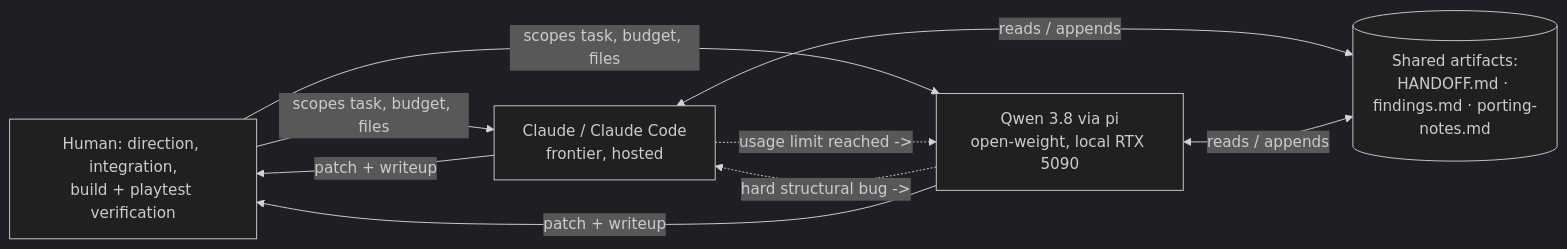
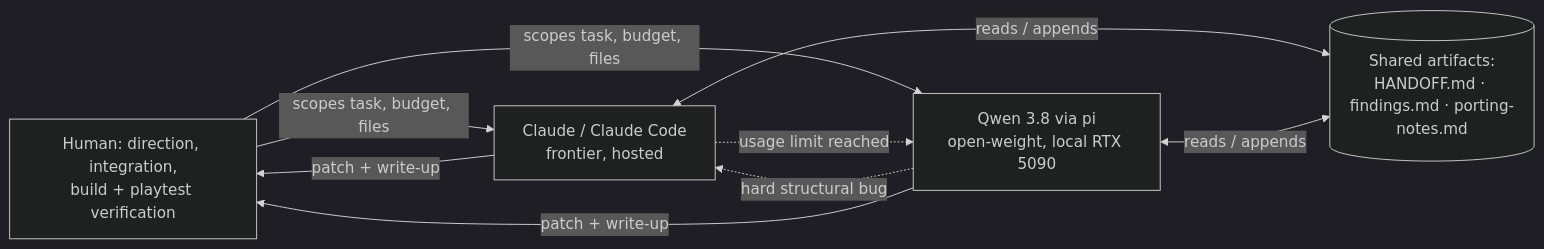
One commit to jkdansereau/goldeneye-pc-port changed the fifth of 5 diagrams in docs/dev/agentic-development.md. Above: the diagram before and after it, drawn with Mermaid (dark theme). The commit also changed other lines of this file and 31 other files, not shown here.

````diff
--- a/docs/dev/agentic-development.md
+++ b/docs/dev/agentic-development.md
@@ -164,16 +180,16 @@
 ```mermaid
 flowchart LR
-    H[Human: direction, integration,<br/>build + playtest verification]
-    C[Claude / Claude Code<br/>frontier, hosted]
+    H["Human: direction, integration,<br/>build + playtest verification"]
+    C["Claude / Claude Code<br/>frontier, hosted"]
     Q["Qwen 3.8 via pi<br/>open-weight, local RTX 5090"]
     D[(Shared artifacts:<br/>HANDOFF.md · findings.md · porting-notes.md)]
 
     H -->|scopes task, budget, files| C
     H -->|scopes task, budget, files| Q
     C <-->|reads / appends| D
     Q <-->|reads / appends| D
-    C -.->|usage limit reached ->| Q
-    Q -.->|hard structural bug ->| C
-    C -->|patch + writeup| H
-    Q -->|patch + writeup| H
+    C -.->|usage limit reached| Q
+    Q -.->|hard structural bug| C
+    C -->|patch + write-up| H
+    Q -->|patch + write-up| H
 ```
````
